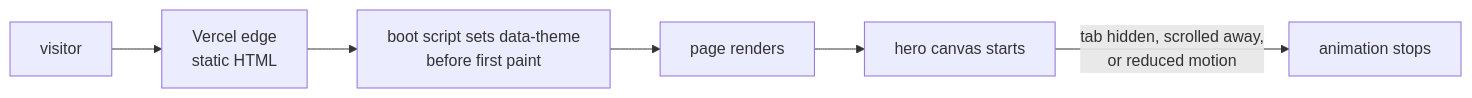
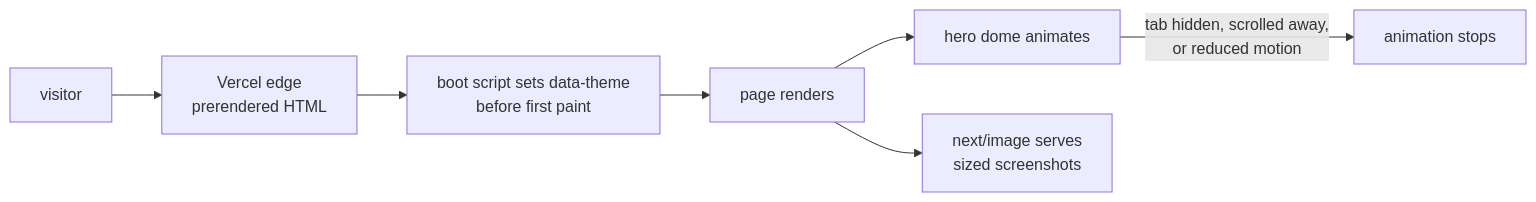
One commit to adarshcod30/portfolio changed the second of 2 diagrams in README.md. Above: the diagram before and after it, drawn with Mermaid. The commit also changed other lines of this file, not shown here.

````diff
--- a/README.md
+++ b/README.md
@@ -61,8 +76,9 @@
 ```mermaid
 flowchart LR
-    V["visitor"] --> E["Vercel edge<br/>static HTML"]
+    V["visitor"] --> E["Vercel edge<br/>prerendered HTML"]
     E --> B["boot script sets data-theme<br/>before first paint"]
     B --> P["page renders"]
-    P --> CV["hero canvas starts"]
-    CV -->|tab hidden, scrolled away,<br/>or reduced motion| ST["animation stops"]
+    P --> D["hero dome animates"]
+    D -->|tab hidden, scrolled away,<br/>or reduced motion| ST["animation stops"]
+    P --> I["next/image serves<br/>sized screenshots"]
 ```
````
